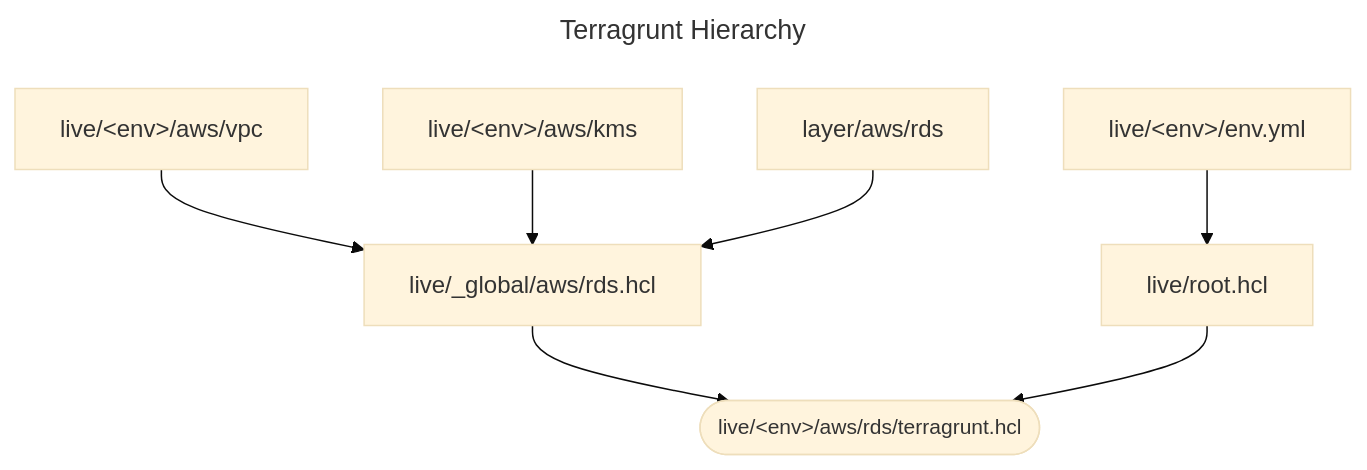
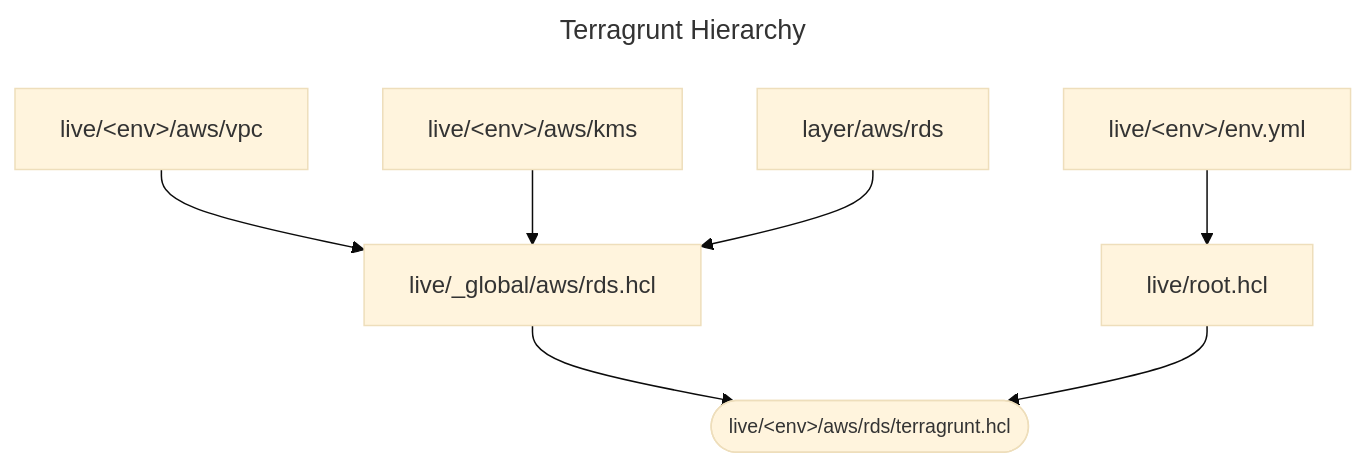
The diagram in poc-terragrunt/README.md (tkreque/poc), drawn with Mermaid (base theme) before and after one commit.

Commit message:
Improved the solution to avoid repetition on the Terragrunt configuration (Fixed README)

````diff
--- a/poc-terragrunt/README.md
+++ b/poc-terragrunt/README.md
@@ -75,13 +75,13 @@
 ```mermaid
 ---
 title: Terragrunt Hierarchy
 ---
 graph TD;
   B["live/_global/aws/rds.hcl"] --> A(["live/&lt;env&gt;/aws/rds/terragrunt.hcl"]):::fix;
   C["live/root.hcl"] --> A;
   D["live/&lt;env&gt;/aws/vpc"] --> B;
   E["live/&lt;env&gt;/aws/kms"] --> B;
   F["layer/aws/rds"] --> B;
   G["live/&lt;env&gt;/env.yml"] --> C;
-  classDef fix font-size:14px;
+  classDef fix font-size:13px;
 ```
````
